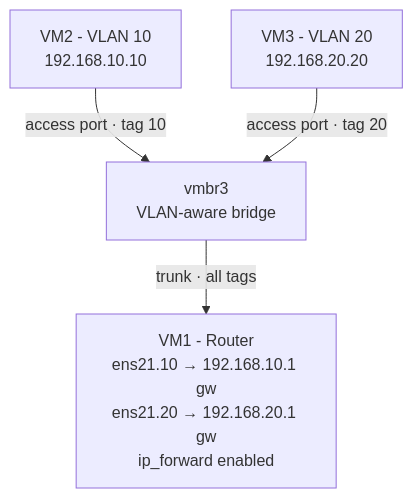
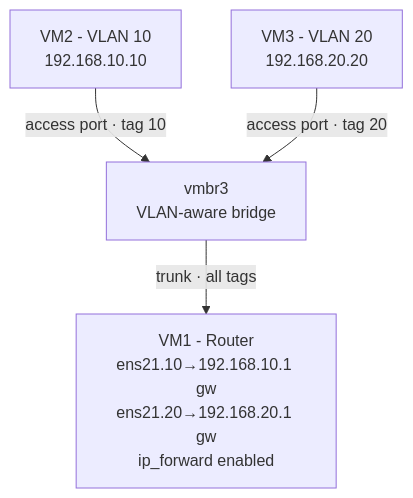
The diagram in README.md (AnthonyQ04/proxmox-network-lab), drawn with Mermaid before and after one commit.

Commit message:
Remove spaces in VM1 router description

````diff
--- a/README.md
+++ b/README.md
@@ -22,11 +22,11 @@
 ```mermaid
 graph TD
     VM2["VM2 - VLAN 10<br/>192.168.10.10"]
     VM3["VM3 - VLAN 20<br/>192.168.20.20"]
     BR["vmbr3<br/>VLAN-aware bridge"]
-    VM1["VM1 - Router<br/>ens21.10 → 192.168.10.1 gw<br/>ens21.20 → 192.168.20.1 gw<br/>ip_forward enabled"]
+    VM1["VM1 - Router<br/>ens21.10→192.168.10.1 gw<br/>ens21.20→192.168.20.1 gw<br/>ip_forward enabled"]
 
     VM2 -->|"access port · tag 10"| BR
     VM3 -->|"access port · tag 20"| BR
     BR -->|"trunk · all tags"| VM1
 ```
````
